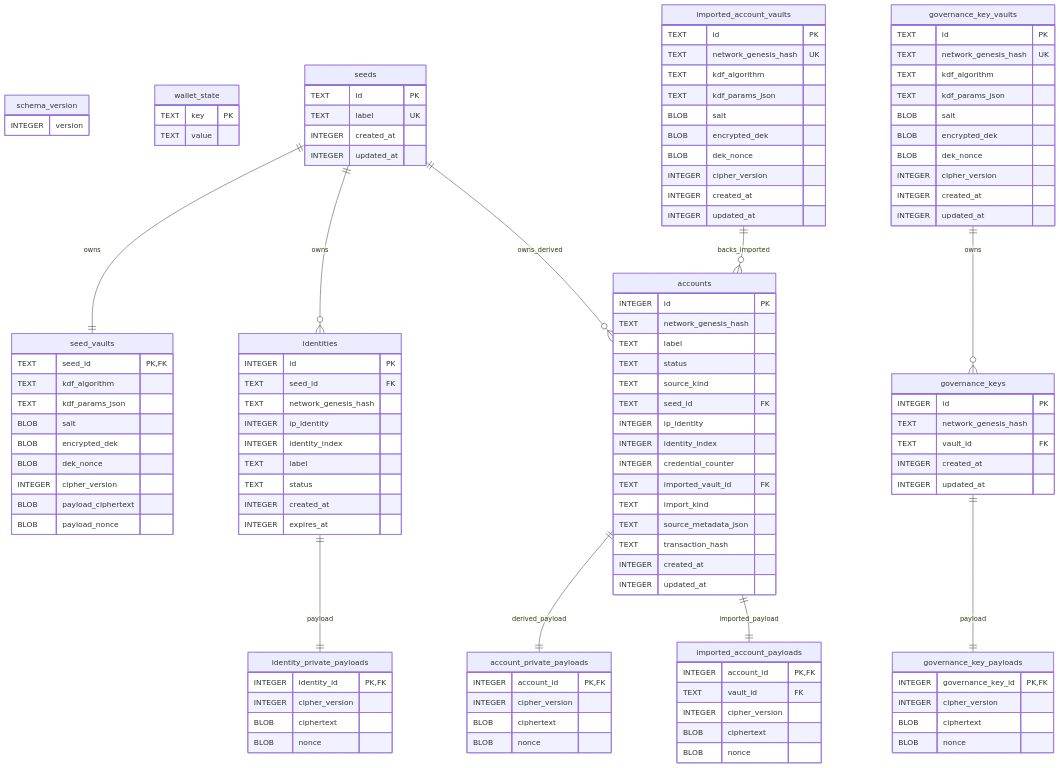
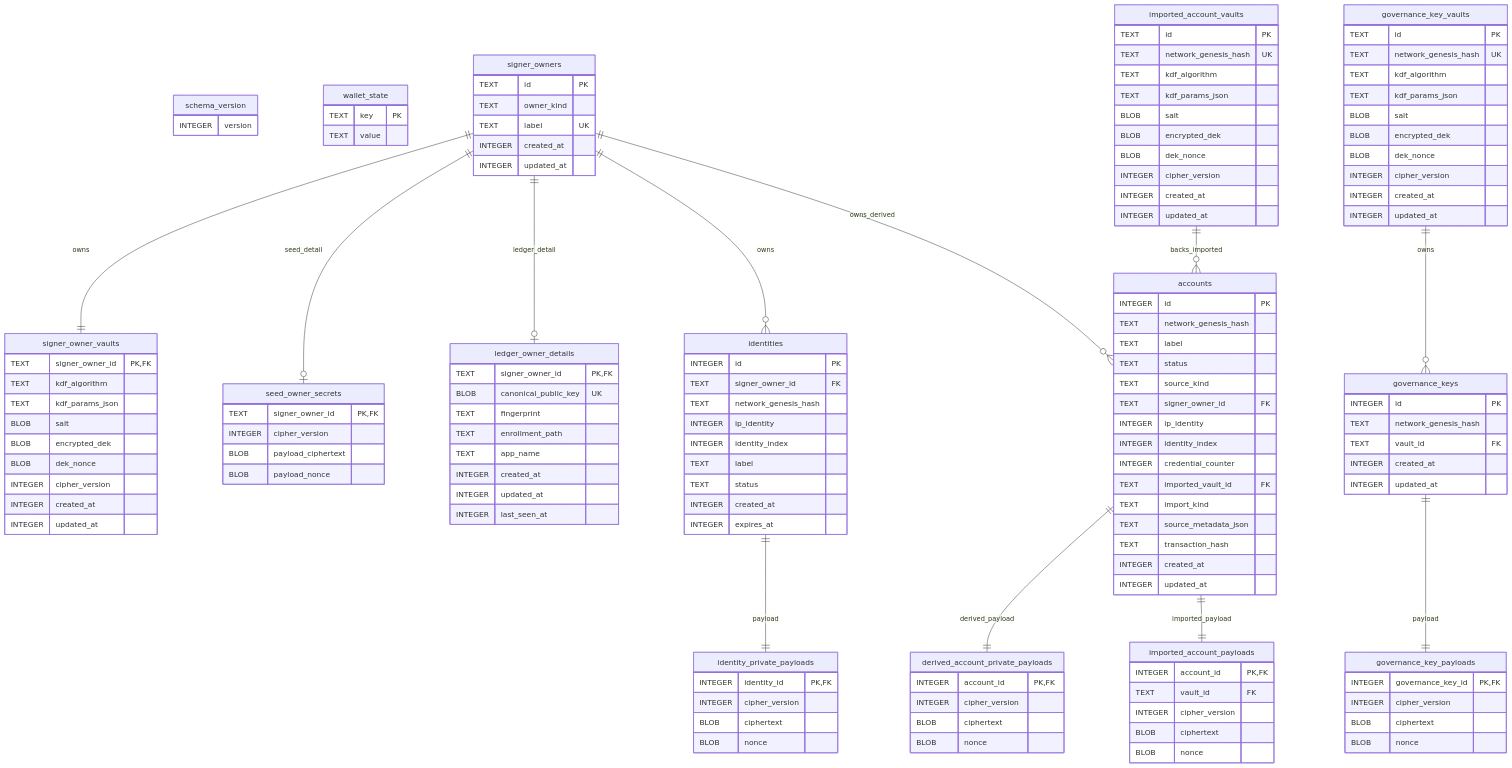
The first of 2 diagrams in docs/db-structure.md (soerenbf/ccd-wallet-cli), drawn with Mermaid before and after one commit. The commit also changed other lines of this file and 42 other files, not shown here.

```diff
--- a/docs/db-structure.md
+++ b/docs/db-structure.md
@@ -29,28 +35,47 @@
         TEXT value
     }
 
-    seeds {
+    signer_owners {
         TEXT id PK
+        TEXT owner_kind
         TEXT label UK
         INTEGER created_at
         INTEGER updated_at
     }
 
-    seed_vaults {
-        TEXT seed_id PK, FK
+    signer_owner_vaults {
+        TEXT signer_owner_id PK, FK
         TEXT kdf_algorithm
         TEXT kdf_params_json
         BLOB salt
         BLOB encrypted_dek
         BLOB dek_nonce
         INTEGER cipher_version
+        INTEGER created_at
+        INTEGER updated_at
+    }
+
+    seed_owner_secrets {
+        TEXT signer_owner_id PK, FK
+        INTEGER cipher_version
         BLOB payload_ciphertext
         BLOB payload_nonce
     }
 
+    ledger_owner_details {
+        TEXT signer_owner_id PK, FK
+        BLOB canonical_public_key UK
+        TEXT fingerprint
+        TEXT enrollment_path
+        TEXT app_name
+        INTEGER created_at
+        INTEGER updated_at
+        INTEGER last_seen_at
+    }
+
     identities {
         INTEGER id PK
-        TEXT seed_id FK
+        TEXT signer_owner_id FK
         TEXT network_genesis_hash
         INTEGER ip_identity
         INTEGER identity_index
@@ -86,7 +111,7 @@
         TEXT label
         TEXT status
         TEXT source_kind
-        TEXT seed_id FK
+        TEXT signer_owner_id FK
         INTEGER ip_identity
         INTEGER identity_index
         INTEGER credential_counter
@@ -98,7 +123,7 @@
         INTEGER updated_at
     }
 
-    account_private_payloads {
+    derived_account_private_payloads {
         INTEGER account_id PK, FK
         INTEGER cipher_version
         BLOB ciphertext
@@ -141,12 +166,14 @@
         BLOB nonce
     }
 
-    seeds ||--|| seed_vaults : owns
-    seeds ||--o{ identities : owns
+    signer_owners ||--|| signer_owner_vaults : owns
+    signer_owners ||--o| seed_owner_secrets : seed_detail
+    signer_owners ||--o| ledger_owner_details : ledger_detail
+    signer_owners ||--o{ identities : owns
     identities ||--|| identity_private_payloads : payload
-    seeds ||--o{ accounts : owns_derived
+    signer_owners ||--o{ accounts : owns_derived
     imported_account_vaults ||--o{ accounts : backs_imported
-    accounts ||--|| account_private_payloads : derived_payload
+    accounts ||--|| derived_account_private_payloads : derived_payload
     accounts ||--|| imported_account_payloads : imported_payload
     governance_key_vaults ||--o{ governance_keys : owns
     governance_keys ||--|| governance_key_payloads : payload
```
